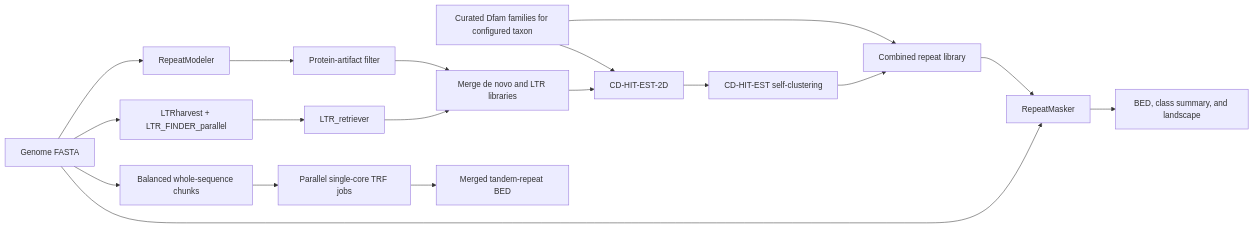
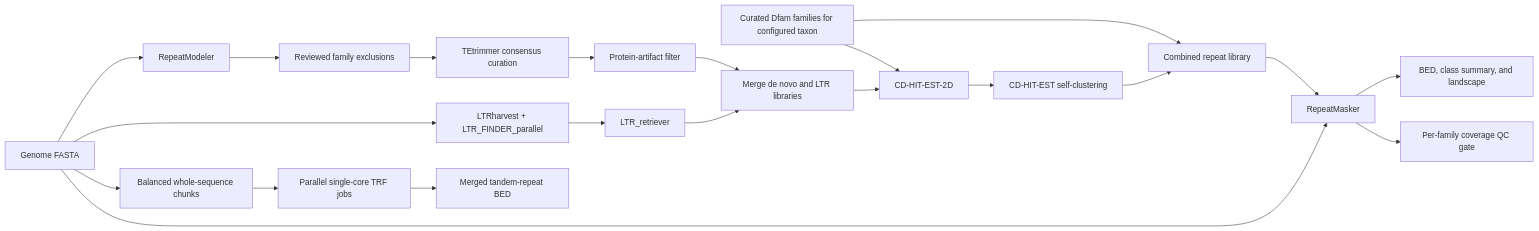
One commit to rsbiello/TE_annotation changed the diagram in README.md. Above: the diagram before and after it, drawn with Mermaid. The commit also changed other lines of this file and 9 other files, not shown here.

Commit message:
Add TE consensus curation and family coverage QC

````diff
--- a/README.md
+++ b/README.md
@@ -14,20 +14,23 @@
 ```mermaid
 flowchart LR
     G["Genome FASTA"] --> RM["RepeatModeler"]
+    RM --> EX["Reviewed family exclusions"]
+    EX --> TT["TEtrimmer consensus curation"]
     G --> LTR["LTRharvest + LTR_FINDER_parallel"]
     LTR --> RET["LTR_retriever"]
-    RM --> CF["Protein-artifact filter"]
+    TT --> CF["Protein-artifact filter"]
     D["Curated Dfam families for configured taxon"] --> C2["CD-HIT-EST-2D"]
     CF --> M["Merge de novo and LTR libraries"]
     RET --> M
     M --> C2
     C2 --> CS["CD-HIT-EST self-clustering"]
     D --> CL["Combined repeat library"]
     CS --> CL
     CL --> RMA["RepeatMasker"]
     G --> RMA
     RMA --> P["BED, class summary, and landscape"]
+    RMA --> QC["Per-family coverage QC gate"]
     G --> TS["Balanced whole-sequence chunks"]
     TS --> TJ["Parallel single-core TRF jobs"]
     TJ --> TG["Merged tandem-repeat BED"]
 ```
````
